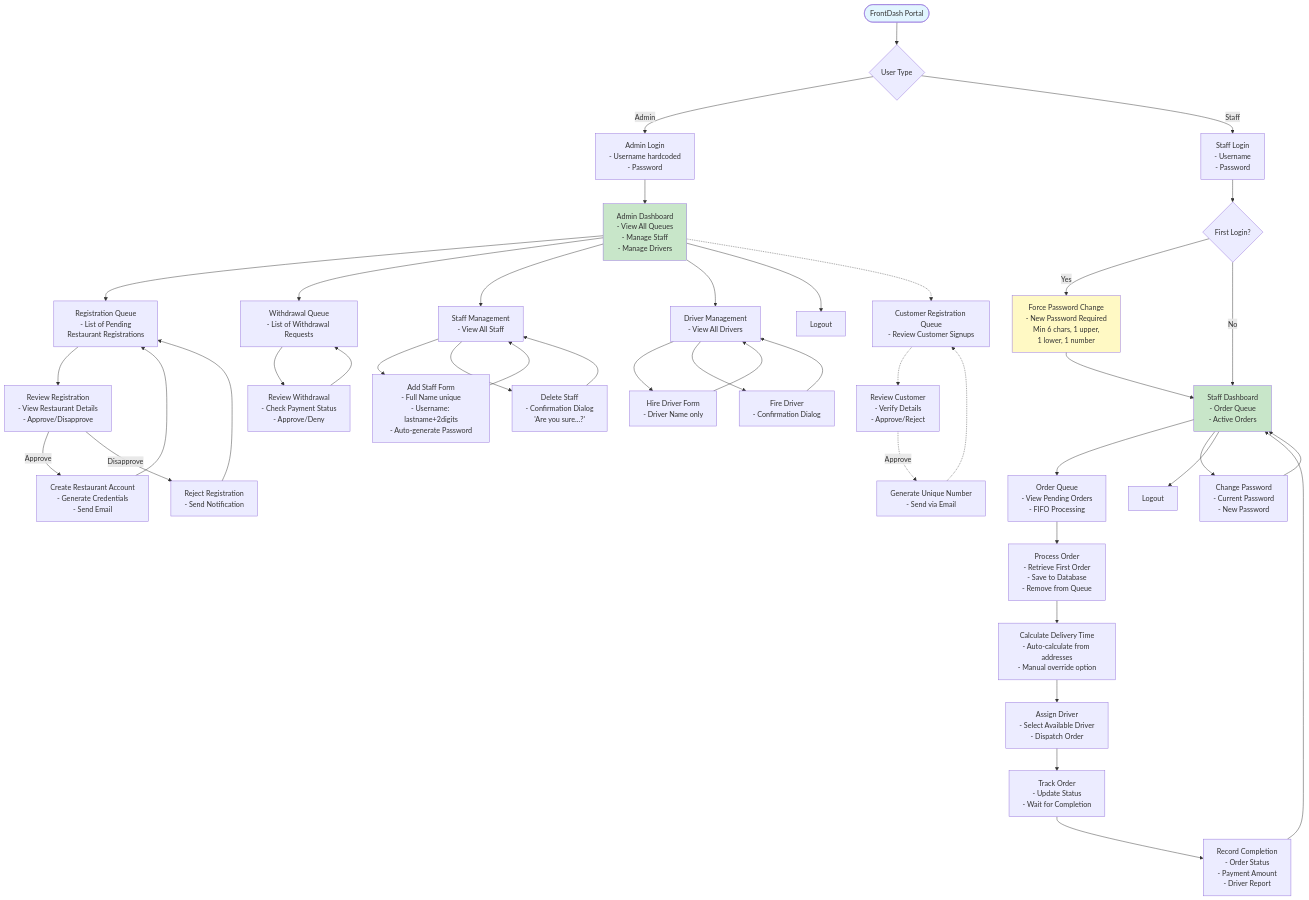
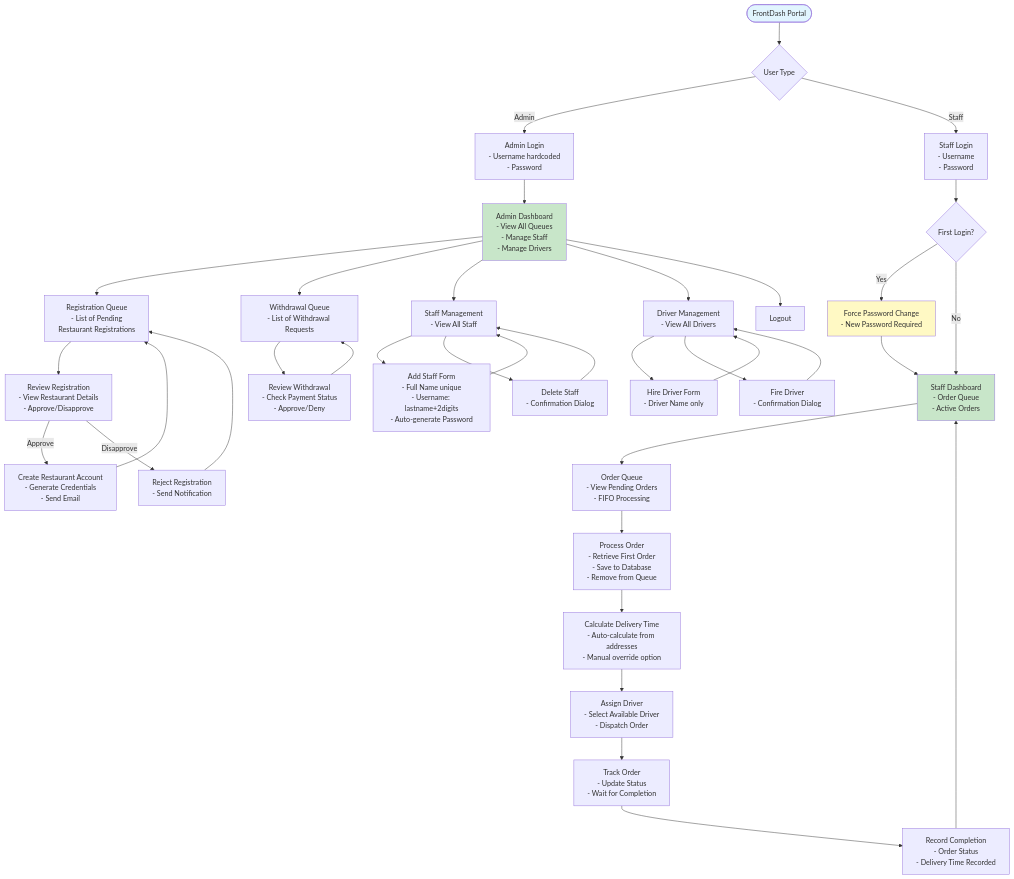
One commit to kassi-bertrand/frontdash changed the third of 3 diagrams in README.md. Above: the diagram before and after it, drawn with Mermaid. The commit also changed other lines of this file, not shown here.

Commit message:
docs: update README with endpoints, admin login, address model, and auth separation

````diff
--- a/README.md
+++ b/README.md
@@ -158,68 +170,57 @@
 ```mermaid
 graph TD
     Start([FrontDash Portal]) --> LoginChoice{User Type}
     
     %% Admin Flow
     LoginChoice -->|Admin| AdminLogin[Admin Login<br/>- Username hardcoded<br/>- Password]
     AdminLogin --> AdminDash[Admin Dashboard<br/>- View All Queues<br/>- Manage Staff<br/>- Manage Drivers]
     
     %% Admin - Restaurant Management
     AdminDash --> RegQueue[Registration Queue<br/>- List of Pending<br/>Restaurant Registrations]
     RegQueue --> ReviewReg[Review Registration<br/>- View Restaurant Details<br/>- Approve/Disapprove]
     ReviewReg -->|Approve| CreateAccount[Create Restaurant Account<br/>- Generate Credentials<br/>- Send Email]
     ReviewReg -->|Disapprove| RejectReg[Reject Registration<br/>- Send Notification]
     CreateAccount --> RegQueue
     RejectReg --> RegQueue
     
     AdminDash --> WithQueue[Withdrawal Queue<br/>- List of Withdrawal Requests]
     WithQueue --> ReviewWith[Review Withdrawal<br/>- Check Payment Status<br/>- Approve/Deny]
     ReviewWith --> WithQueue
     
     %% Admin - Staff Management
     AdminDash --> StaffList[Staff Management<br/>- View All Staff]
     StaffList --> AddStaff[Add Staff Form<br/>- Full Name unique<br/>- Username: lastname+2digits<br/>- Auto-generate Password]
     AddStaff --> StaffList
-    StaffList --> DeleteStaff[Delete Staff<br/>- Confirmation Dialog<br/>'Are you sure...?']
+    StaffList --> DeleteStaff[Delete Staff<br/>- Confirmation Dialog]
     DeleteStaff --> StaffList
     
     %% Admin - Driver Management
     AdminDash --> DriverList[Driver Management<br/>- View All Drivers]
     DriverList --> HireDriver[Hire Driver Form<br/>- Driver Name only]
     HireDriver --> DriverList
     DriverList --> FireDriver[Fire Driver<br/>- Confirmation Dialog]
     FireDriver --> DriverList
     
     AdminDash --> AdminLogout[Logout]
     
     %% Staff Flow
     LoginChoice -->|Staff| StaffLogin[Staff Login<br/>- Username<br/>- Password]
     StaffLogin --> FirstTime{First Login?}
-    FirstTime -->|Yes| ForceChange[Force Password Change<br/>- New Password Required<br/>Min 6 chars, 1 upper,<br/>1 lower, 1 number]
+    FirstTime -->|Yes| ForceChange[Force Password Change<br/>- New Password Required]
     ForceChange --> StaffDash
     FirstTime -->|No| StaffDash[Staff Dashboard<br/>- Order Queue<br/>- Active Orders]
     
     %% Staff - Order Management
     StaffDash --> OrderQueue[Order Queue<br/>- View Pending Orders<br/>- FIFO Processing]
     OrderQueue --> ProcessOrder[Process Order<br/>- Retrieve First Order<br/>- Save to Database<br/>- Remove from Queue]
     ProcessOrder --> CalcDelivery[Calculate Delivery Time<br/>- Auto-calculate from addresses<br/>- Manual override option]
     CalcDelivery --> AssignDriver[Assign Driver<br/>- Select Available Driver<br/>- Dispatch Order]
     AssignDriver --> TrackOrder[Track Order<br/>- Update Status<br/>- Wait for Completion]
-    TrackOrder --> RecordComplete[Record Completion<br/>- Order Status<br/>- Payment Amount<br/>- Driver Report]
+    TrackOrder --> RecordComplete[Record Completion<br/>- Order Status<br/>- Delivery Time Recorded]
     RecordComplete --> StaffDash
-    
-    StaffDash --> StaffChangePass[Change Password<br/>- Current Password<br/>- New Password]
-    StaffChangePass --> StaffDash
-    
-    StaffDash --> StaffLogout[Logout]
-    
-    %% Bonus - Customer Management
-    AdminDash -.-> CustQueue[Customer Registration Queue<br/>- Review Customer Signups]
-    CustQueue -.-> ReviewCust[Review Customer<br/>- Verify Details<br/>- Approve/Reject]
-    ReviewCust -.->|Approve| GenNumber[Generate Unique Number<br/>- Send via Email]
-    GenNumber -.-> CustQueue
     
     style Start fill:#e1f5fe
     style AdminDash fill:#c8e6c9
     style StaffDash fill:#c8e6c9
     style ForceChange fill:#fff9c4
 ```
````
